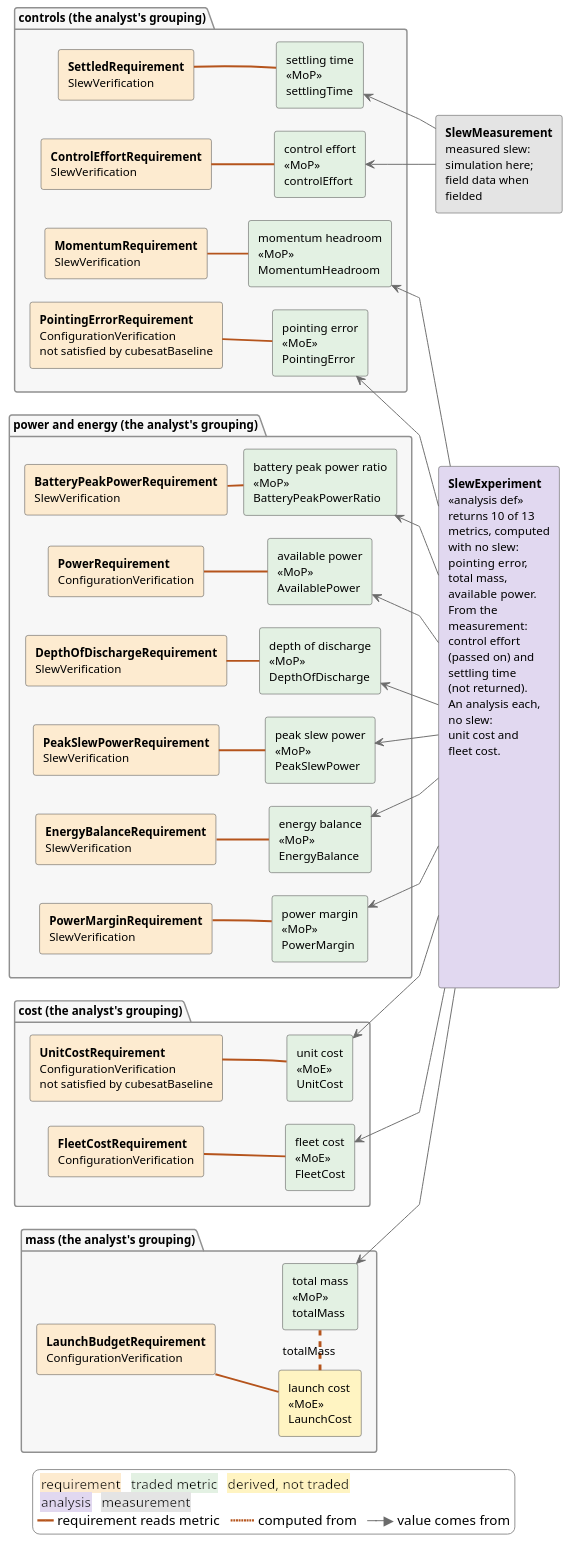
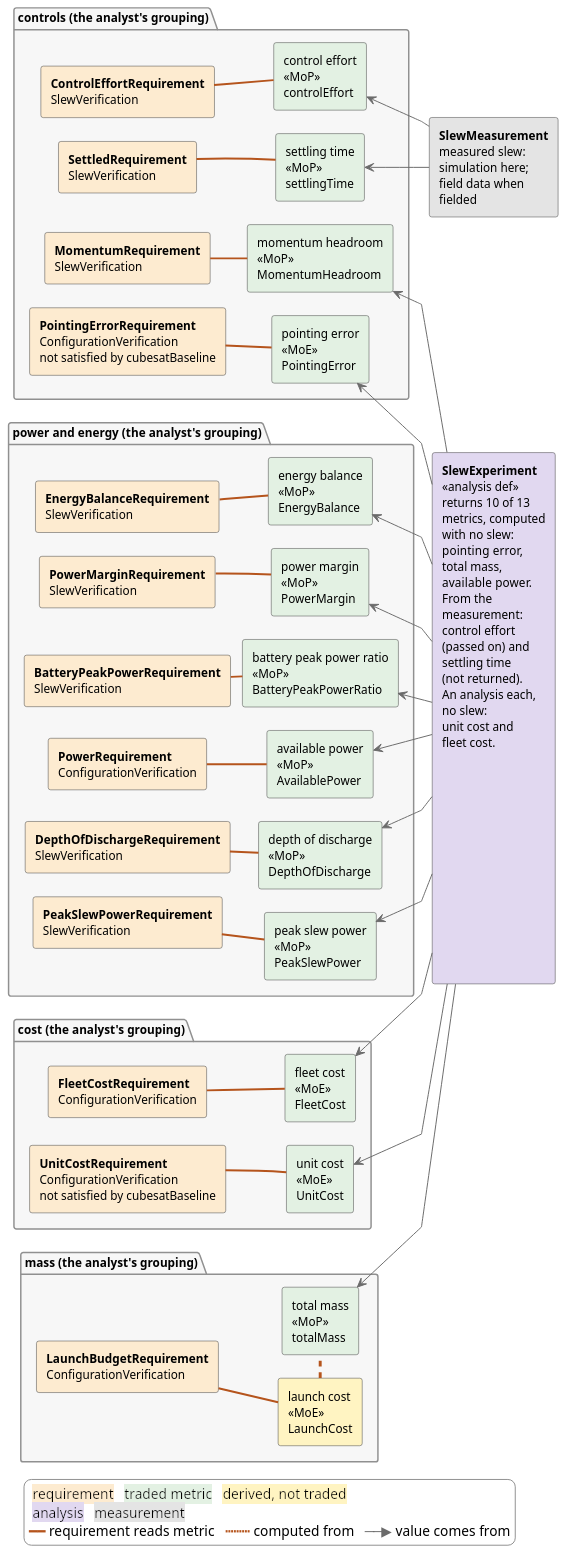
Before and after one commit to DynamicalSystemsGroup/hyperbolic-trade-space: the diagram in examples/adcs/model_v2/views/behavioural_view.puml, drawn with PlantUML. The commit also changed 7 other files, not shown here.

Commit message:
Figure 5 and 7 legibility (x labels vertical, title wrapped, docs figure no longer redrawn narrower); Figure 3's MoE line carries no label (revision 10 of the views generator; views and the paper's copy regenerated)

```diff
--- a/examples/adcs/model_v2/views/behavioural_view.puml
+++ b/examples/adcs/model_v2/views/behavioural_view.puml
@@ -1,119 +1,119 @@
 @startuml
 left to right direction
 skinparam linetype polyline
 skinparam shadowing false
 skinparam defaultFontName SansSerif
 skinparam defaultFontSize 12
 skinparam ClassBackgroundColor white
 skinparam ClassBorderColor #404040
 skinparam ClassAttributeIconSize 0
 skinparam ArrowColor #404040
 skinparam RectangleBackgroundColor white
 skinparam RectangleBorderColor #404040
 skinparam PackageBackgroundColor #F7F7F7
 skinparam PackageBorderColor #909090
 skinparam LegendBackgroundColor white
 skinparam LegendBorderColor #909090
 skinparam nodesep 24
 skinparam ranksep 12
 hide circle
 hide empty members
 
 scale 700 width
 
 package "controls (the analyst's grouping)" {
   rectangle "**SettledRequirement**\nSlewVerification" as xSettledrequirement #FDEBD0
   rectangle "**ControlEffortRequirement**\nSlewVerification" as xControleffortrequirement #FDEBD0
   rectangle "**PointingErrorRequirement**\nConfigurationVerification\nnot satisfied by cubesatBaseline" as xPointingerrorrequirement #FDEBD0
   rectangle "**MomentumRequirement**\nSlewVerification" as xMomentumrequirement #FDEBD0
   rectangle "settling time\n<<MoP>>\nsettlingTime" as xSettlingTime #E3F1E3
   rectangle "control effort\n<<MoP>>\ncontrolEffort" as xControlEffort #E3F1E3
   rectangle "pointing error\n<<MoE>>\nPointingError" as xPointingError #E3F1E3
   rectangle "momentum headroom\n<<MoP>>\nMomentumHeadroom" as xMomentumHeadroom #E3F1E3
 }
 xSettledrequirement -[hidden]right-> xControleffortrequirement
 xControleffortrequirement -[hidden]right-> xPointingerrorrequirement
 xPointingerrorrequirement -[hidden]right-> xMomentumrequirement
 xSettlingTime -[hidden]right-> xControlEffort
 xControlEffort -[hidden]right-> xPointingError
 xPointingError -[hidden]right-> xMomentumHeadroom
 xSettledrequirement -[hidden]-> xSettlingTime
 package "power and energy (the analyst's grouping)" {
   rectangle "**PowerMarginRequirement**\nSlewVerification" as xPowermarginrequirement #FDEBD0
   rectangle "**EnergyBalanceRequirement**\nSlewVerification" as xEnergybalancerequirement #FDEBD0
   rectangle "**PeakSlewPowerRequirement**\nSlewVerification" as xPeakslewpowerrequirement #FDEBD0
   rectangle "**DepthOfDischargeRequirement**\nSlewVerification" as xDepthofdischargerequirement #FDEBD0
   rectangle "**PowerRequirement**\nConfigurationVerification" as xPowerrequirement #FDEBD0
   rectangle "**BatteryPeakPowerRequirement**\nSlewVerification" as xBatterypeakpowerrequirement #FDEBD0
   rectangle "power margin\n<<MoP>>\nPowerMargin" as xPowerMargin #E3F1E3
   rectangle "energy balance\n<<MoP>>\nEnergyBalance" as xEnergyBalance #E3F1E3
   rectangle "peak slew power\n<<MoP>>\nPeakSlewPower" as xPeakSlewPower #E3F1E3
   rectangle "depth of discharge\n<<MoP>>\nDepthOfDischarge" as xDepthOfDischarge #E3F1E3
   rectangle "available power\n<<MoP>>\nAvailablePower" as xAvailablePower #E3F1E3
   rectangle "battery peak power ratio\n<<MoP>>\nBatteryPeakPowerRatio" as xBatteryPeakPowerRatio #E3F1E3
 }
 xPowermarginrequirement -[hidden]right-> xEnergybalancerequirement
 xEnergybalancerequirement -[hidden]right-> xPeakslewpowerrequirement
 xPeakslewpowerrequirement -[hidden]right-> xDepthofdischargerequirement
 xDepthofdischargerequirement -[hidden]right-> xPowerrequirement
 xPowerrequirement -[hidden]right-> xBatterypeakpowerrequirement
 xPowerMargin -[hidden]right-> xEnergyBalance
 xEnergyBalance -[hidden]right-> xPeakSlewPower
 xPeakSlewPower -[hidden]right-> xDepthOfDischarge
 xDepthOfDischarge -[hidden]right-> xAvailablePower
 xAvailablePower -[hidden]right-> xBatteryPeakPowerRatio
 xPowermarginrequirement -[hidden]-> xPowerMargin
 package "mass (the analyst's grouping)" {
   rectangle "**LaunchBudgetRequirement**\nConfigurationVerification" as xLaunchbudgetrequirement #FDEBD0
   rectangle "launch cost\n<<MoE>>\nLaunchCost" as xLaunchcost #FFF4C2
   rectangle "total mass\n<<MoP>>\ntotalMass" as xTotalMass #E3F1E3
 }
 xLaunchbudgetrequirement -[hidden]-> xTotalMass
 package "cost (the analyst's grouping)" {
   rectangle "**UnitCostRequirement**\nConfigurationVerification\nnot satisfied by cubesatBaseline" as xUnitcostrequirement #FDEBD0
   rectangle "**FleetCostRequirement**\nConfigurationVerification" as xFleetcostrequirement #FDEBD0
   rectangle "unit cost\n<<MoE>>\nUnitCost" as xUnitCost #E3F1E3
   rectangle "fleet cost\n<<MoE>>\nFleetCost" as xFleetCost #E3F1E3
 }
 xUnitcostrequirement -[hidden]right-> xFleetcostrequirement
 xUnitCost -[hidden]right-> xFleetCost
 xUnitcostrequirement -[hidden]-> xUnitCost
 
 rectangle "**SlewExperiment**\n<<analysis def>>\nreturns 10 of 13\nmetrics, computed\nwith no slew:\npointing error,\ntotal mass,\navailable power.\nFrom the\nmeasurement:\ncontrol effort\n(passed on) and\nsettling time\n(not returned).\nAn analysis each,\nno slew:\nunit cost and\nfleet cost.\n\n\n\n\n\n\n\n\n\n\n\n\n\n" as xAnalysis #E1D8F0
 rectangle "**SlewMeasurement**\nmeasured slew:\nsimulation here;\nfield data when\nfielded" as xMeasure #E4E4E4
 xMeasure -[hidden]right-> xAnalysis
 
 xBatterypeakpowerrequirement -[#B5541C,thickness=2]- xBatteryPeakPowerRatio
 xControleffortrequirement -[#B5541C,thickness=2]- xControlEffort
 xDepthofdischargerequirement -[#B5541C,thickness=2]- xDepthOfDischarge
 xEnergybalancerequirement -[#B5541C,thickness=2]- xEnergyBalance
 xFleetcostrequirement -[#B5541C,thickness=2]- xFleetCost
 xLaunchbudgetrequirement -[#B5541C,thickness=2]- xLaunchcost
-xLaunchcost -[#B5541C,dashed,thickness=3]right- xTotalMass : totalMass
+xLaunchcost -[#B5541C,dashed,thickness=3]right- xTotalMass
 xMomentumrequirement -[#B5541C,thickness=2]- xMomentumHeadroom
 xPeakslewpowerrequirement -[#B5541C,thickness=2]- xPeakSlewPower
 xPointingerrorrequirement -[#B5541C,thickness=2]- xPointingError
 xPowermarginrequirement -[#B5541C,thickness=2]- xPowerMargin
 xPowerrequirement -[#B5541C,thickness=2]- xAvailablePower
 xSettledrequirement -[#B5541C,thickness=2]- xSettlingTime
 xUnitcostrequirement -[#B5541C,thickness=2]- xUnitCost
 xSettlingTime <-[#6B6B6B]- xMeasure
 xPointingError <-[#6B6B6B]- xAnalysis
 xTotalMass <-[#6B6B6B]- xAnalysis
 xControlEffort <-[#6B6B6B]- xMeasure
 xPowerMargin <-[#6B6B6B]- xAnalysis
 xEnergyBalance <-[#6B6B6B]- xAnalysis
 xPeakSlewPower <-[#6B6B6B]- xAnalysis
 xDepthOfDischarge <-[#6B6B6B]- xAnalysis
 xMomentumHeadroom <-[#6B6B6B]- xAnalysis
 xAvailablePower <-[#6B6B6B]- xAnalysis
 xBatteryPeakPowerRatio <-[#6B6B6B]- xAnalysis
 xUnitCost <-[#6B6B6B]- xAnalysis
 xFleetCost <-[#6B6B6B]- xAnalysis
 
 legend bottom
   <back:#FDEBD0> requirement </back> <back:#E3F1E3> traded metric </back> <back:#FFF4C2> derived, not traded </back>
   <back:#E1D8F0> analysis </back> <back:#E4E4E4> measurement </back>
   <color:#B5541C>━━</color> requirement reads metric   <color:#B5541C>┅┅┅</color> computed from   <color:#6B6B6B>──▶</color> value comes from
 end legend
 @enduml
```
